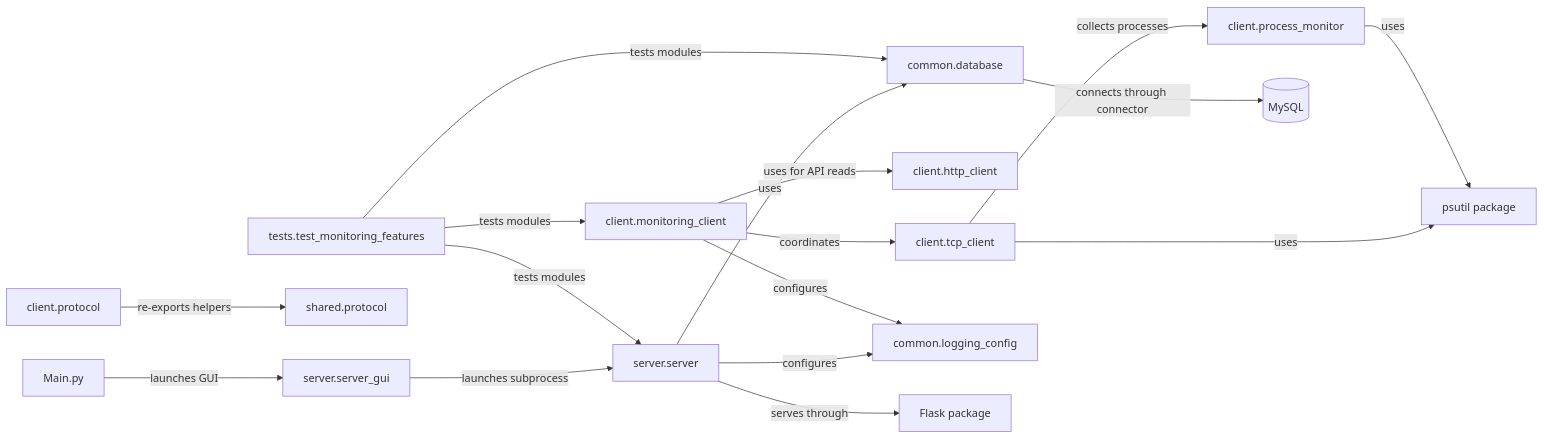
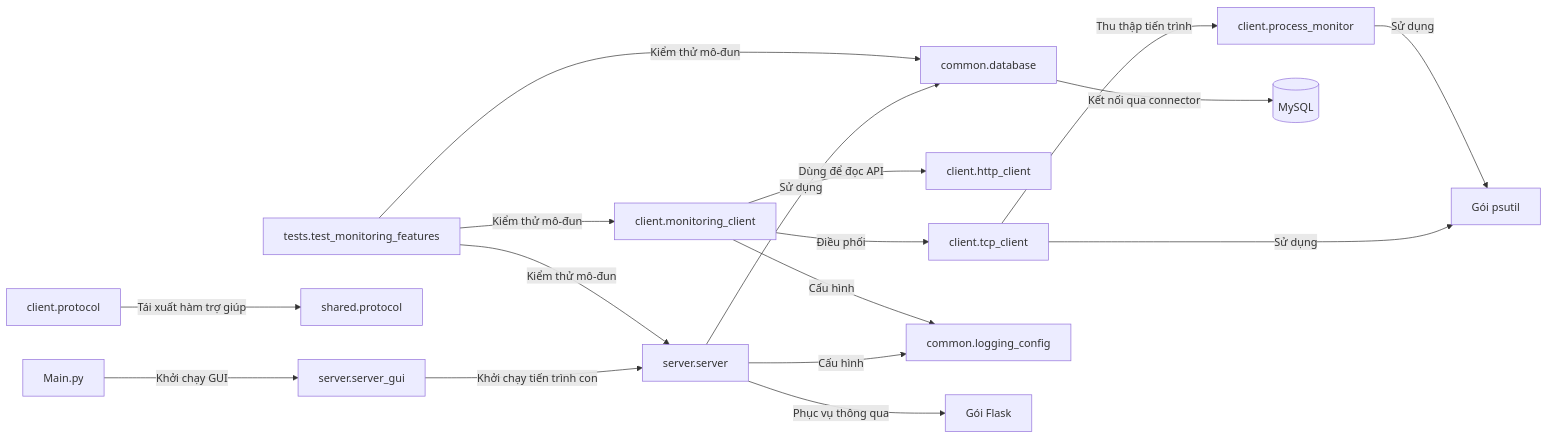
Before and after one commit to VoVanChung2508/P2Pminiproject: the diagram in docs/PROJECT_STRUCTURE.md, drawn with Mermaid. The commit also changed other lines of this file and 12 other files, not shown here.

Commit message:
VERIFY AND IMPLEMENT REAL-TIME CLIENT PROCESS MONITORING bug

````diff
--- a/docs/PROJECT_STRUCTURE.md
+++ b/docs/PROJECT_STRUCTURE.md
@@ -142,35 +146,35 @@
 ```mermaid
 flowchart LR
     Entry["Main.py"]
     ServerGUI["server.server_gui"]
     Server["server.server"]
     Client["client.monitoring_client"]
     TCPClient["client.tcp_client"]
     HTTPClient["client.http_client"]
     Process["client.process_monitor"]
     DB["common.database"]
     Logging["common.logging_config"]
     Shared["shared.protocol"]
     ClientProtocol["client.protocol"]
     Tests["tests.test_monitoring_features"]
     MySQL[("MySQL")]
-    Flask["Flask package"]
-    Psutil["psutil package"]
+    Flask["Gói Flask"]
+    Psutil["Gói psutil"]
 
-    Entry -->|"launches GUI"| ServerGUI
-    ServerGUI -->|"launches subprocess"| Server
-    Server -->|"uses"| DB
-    Server -->|"configures"| Logging
-    Server -->|"serves through"| Flask
-    Client -->|"coordinates"| TCPClient
-    Client -->|"uses for API reads"| HTTPClient
-    Client -->|"configures"| Logging
-    TCPClient -->|"collects processes"| Process
-    TCPClient -->|"uses"| Psutil
-    Process -->|"uses"| Psutil
-    DB -->|"connects through connector"| MySQL
-    ClientProtocol -->|"re-exports helpers"| Shared
-    Tests -->|"tests modules"| Server
-    Tests -->|"tests modules"| Client
-    Tests -->|"tests modules"| DB
+    Entry -->|"Khởi chạy GUI"| ServerGUI
+    ServerGUI -->|"Khởi chạy tiến trình con"| Server
+    Server -->|"Sử dụng"| DB
+    Server -->|"Cấu hình"| Logging
+    Server -->|"Phục vụ thông qua"| Flask
+    Client -->|"Điều phối"| TCPClient
+    Client -->|"Dùng để đọc API"| HTTPClient
+    Client -->|"Cấu hình"| Logging
+    TCPClient -->|"Thu thập tiến trình"| Process
+    TCPClient -->|"Sử dụng"| Psutil
+    Process -->|"Sử dụng"| Psutil
+    DB -->|"Kết nối qua connector"| MySQL
+    ClientProtocol -->|"Tái xuất hàm trợ giúp"| Shared
+    Tests -->|"Kiểm thử mô-đun"| Server
+    Tests -->|"Kiểm thử mô-đun"| Client
+    Tests -->|"Kiểm thử mô-đun"| DB
 ```
````
